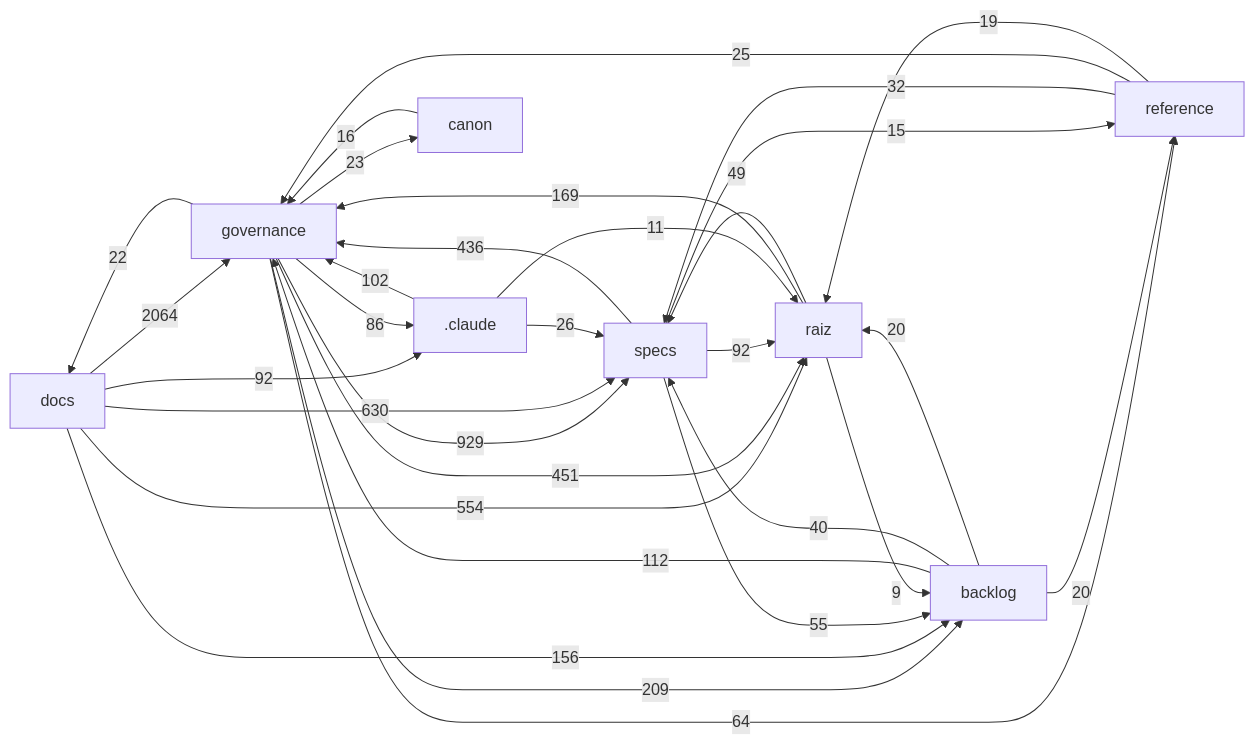
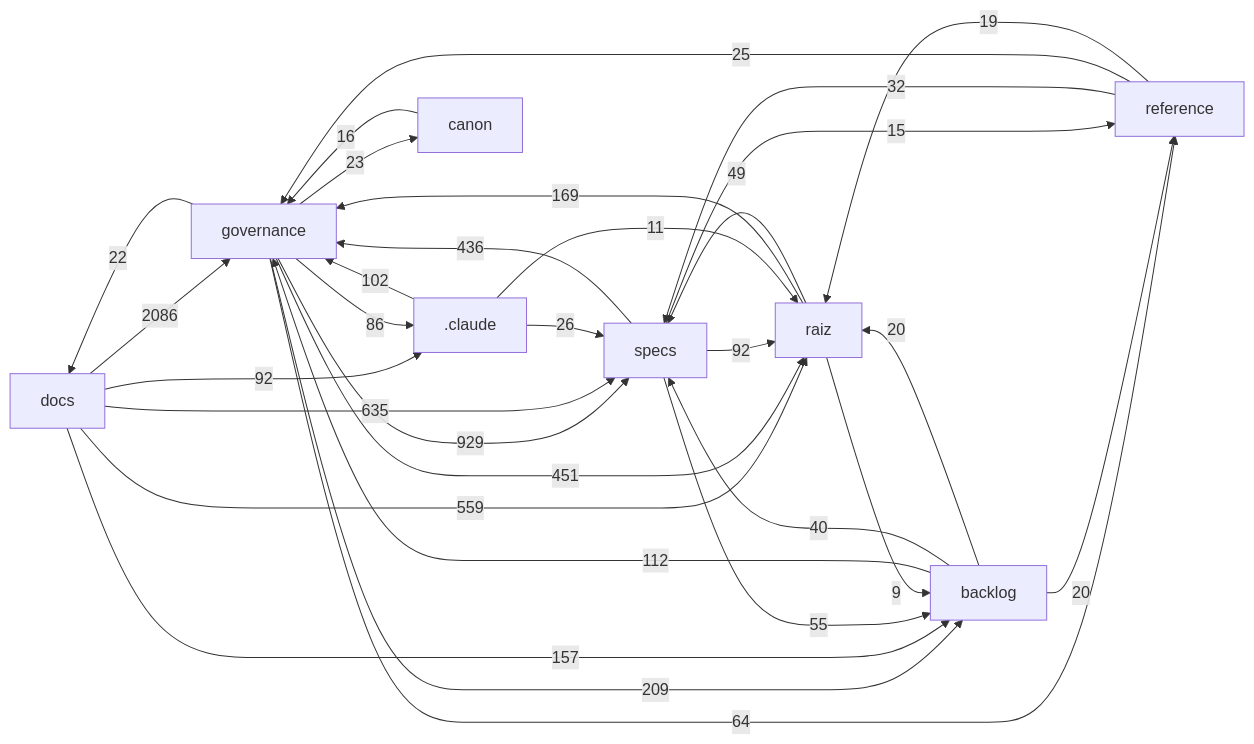
Before and after one commit to Andraus35/Sistema-Operacional-de-Trading--SOT: the diagram in docs/mapa/MAPA-PROJETO.md, drawn with Mermaid. The commit also changed other lines of this file and 4 other files, not shown here.

````diff
--- a/docs/mapa/MAPA-PROJETO.md
+++ b/docs/mapa/MAPA-PROJETO.md
@@ -29,33 +29,33 @@
 ```mermaid
 flowchart LR
-  docs["docs"] -->|2064| governance["governance"]
+  docs["docs"] -->|2086| governance["governance"]
   governance["governance"] -->|929| specs["specs"]
-  docs["docs"] -->|630| specs["specs"]
-  docs["docs"] -->|554| raiz["raiz"]
+  docs["docs"] -->|635| specs["specs"]
+  docs["docs"] -->|559| raiz["raiz"]
   governance["governance"] -->|451| raiz["raiz"]
   specs["specs"] -->|436| governance["governance"]
   governance["governance"] -->|209| backlog["backlog"]
   raiz["raiz"] -->|169| governance["governance"]
-  docs["docs"] -->|156| backlog["backlog"]
+  docs["docs"] -->|157| backlog["backlog"]
   backlog["backlog"] -->|112| governance["governance"]
   _claude[".claude"] -->|102| governance["governance"]
   docs["docs"] -->|92| _claude[".claude"]
   specs["specs"] -->|92| raiz["raiz"]
   governance["governance"] -->|86| _claude[".claude"]
   governance["governance"] -->|64| reference["reference"]
   specs["specs"] -->|55| backlog["backlog"]
   raiz["raiz"] -->|49| specs["specs"]
   backlog["backlog"] -->|40| specs["specs"]
   reference["reference"] -->|32| specs["specs"]
   _claude[".claude"] -->|26| specs["specs"]
   reference["reference"] -->|25| governance["governance"]
   governance["governance"] -->|23| canon["canon"]
   governance["governance"] -->|22| docs["docs"]
   backlog["backlog"] -->|20| raiz["raiz"]
   backlog["backlog"] -->|20| reference["reference"]
   reference["reference"] -->|19| raiz["raiz"]
   canon["canon"] -->|16| governance["governance"]
   specs["specs"] -->|15| reference["reference"]
   _claude[".claude"] -->|11| raiz["raiz"]
   raiz["raiz"] -->|9| backlog["backlog"]
 ```
````
